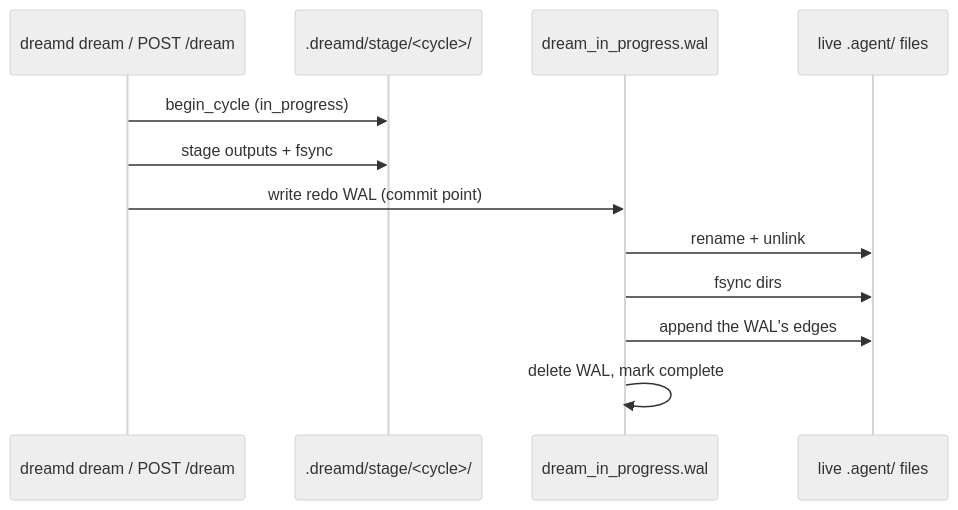
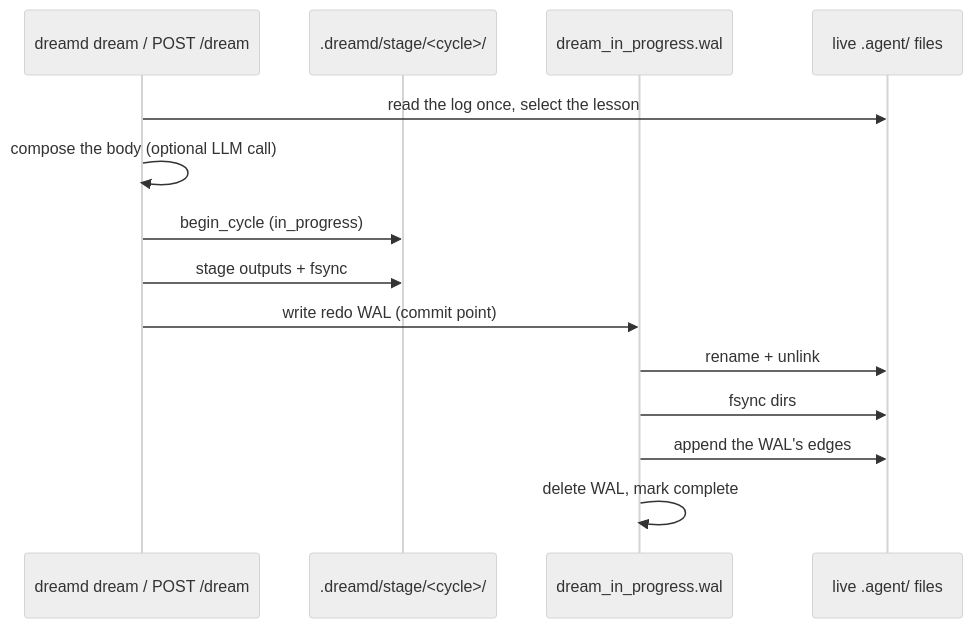
Before and after one commit to botzrDev/dreamd: the fourth of 4 diagrams in ARCHITECTURE.md, drawn with Mermaid (neutral theme). The commit also changed other lines of this file and 13 other files, not shown here.

````diff
--- a/ARCHITECTURE.md
+++ b/ARCHITECTURE.md
@@ -163,15 +163,17 @@
 ```mermaid
 sequenceDiagram
     participant CLI as dreamd dream / POST /dream
     participant Stage as .dreamd/stage/<cycle>/
     participant WAL as dream_in_progress.wal
     participant FS as live .agent/ files
 
+    CLI->>FS: read the log once, select the lesson
+    CLI->>CLI: compose the body (optional LLM call)
     CLI->>Stage: begin_cycle (in_progress)
     CLI->>Stage: stage outputs + fsync
     CLI->>WAL: write redo WAL (commit point)
     WAL->>FS: rename + unlink
     WAL->>FS: fsync dirs
     WAL->>FS: append the WAL's edges
     WAL->>WAL: delete WAL, mark complete
 ```
````
